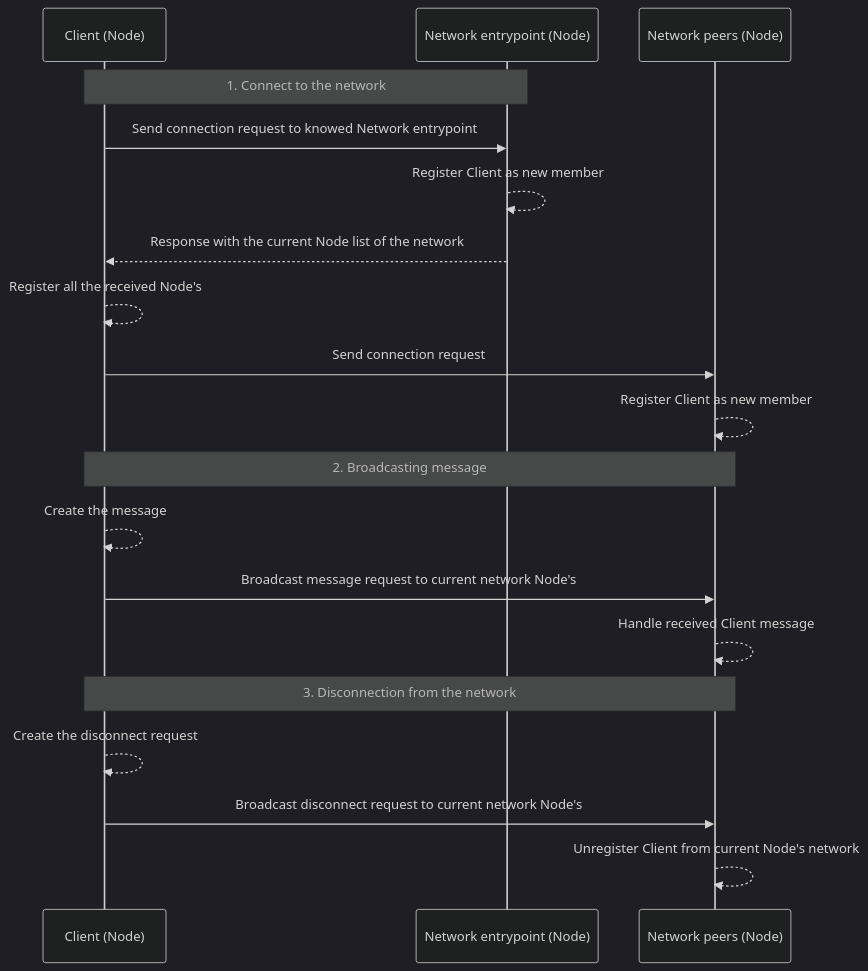
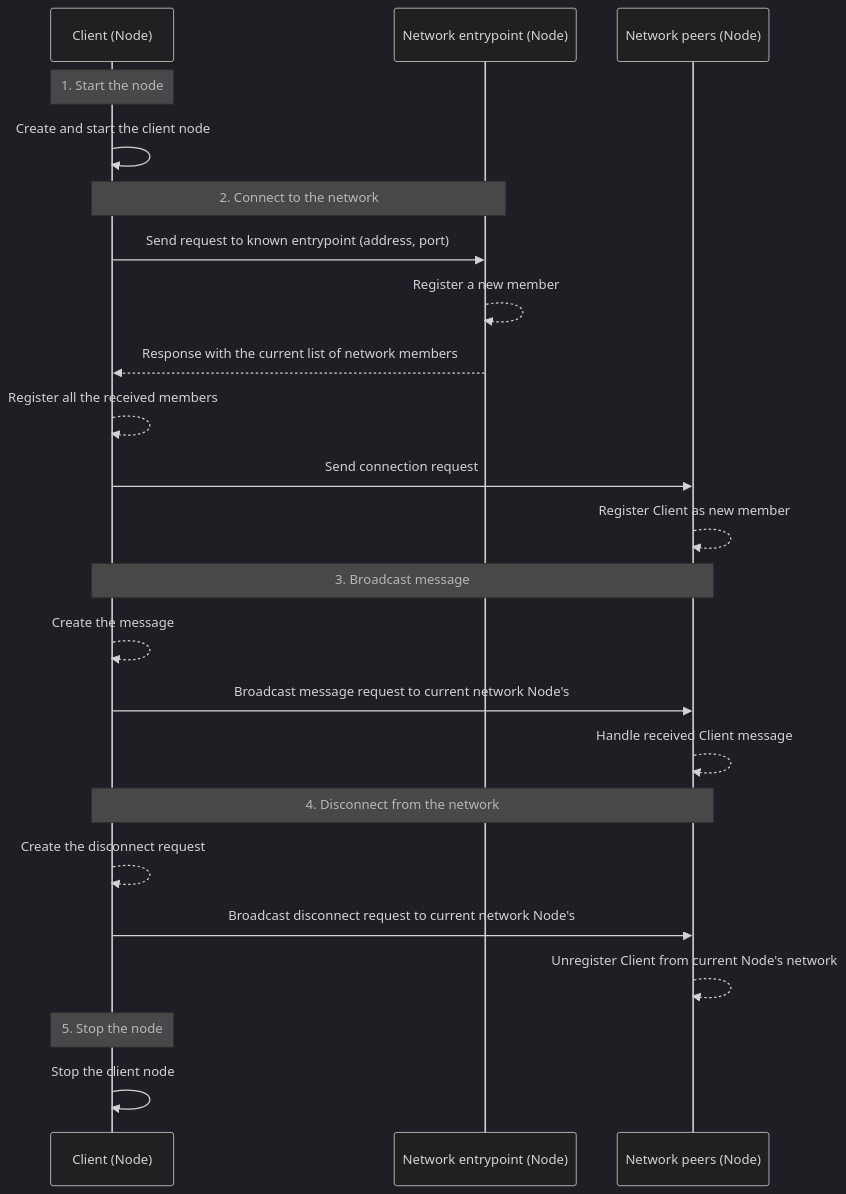
The diagram in README.md (lucasmenendez/gop2p), drawn with Mermaid (dark theme) before and after one commit. The commit also changed other lines of this file and 8 other files, not shown here.

````diff
--- a/README.md
+++ b/README.md
@@ -148,26 +214,31 @@
 ```mermaid
 sequenceDiagram
 participant Client (Node)
 participant Network entrypoint (Node)
 participant Network peers (Node)
 
-Note over Client (Node),Network entrypoint (Node): 1. Connect to the network
-Client (Node) ->> Network entrypoint (Node): Send connection request to knowed Network entrypoint
-Network entrypoint (Node) -->> Network entrypoint (Node): Register Client as new member
-Network entrypoint (Node) -->> Client (Node): Response with the current Node list of the network
-Client (Node) -->> Client (Node): Register all the received Node's
+Note over Client (Node): 1. Start the node
+Client (Node) ->> Client (Node): Create and start the client node
+Note over Client (Node),Network entrypoint (Node): 2. Connect to the network
+Client (Node) ->> Network entrypoint (Node): Send request to known entrypoint (address, port)
+Network entrypoint (Node) -->> Network entrypoint (Node): Register a new member
+Network entrypoint (Node) -->> Client (Node): Response with the current list of network members
+Client (Node) -->> Client (Node): Register all the received members
 Client (Node) ->> Network peers (Node): Send connection request
 Network peers (Node) -->> Network peers (Node): Register Client as new member
 
-Note over Client (Node),Network peers (Node): 2. Broadcasting message
+Note over Client (Node),Network peers (Node): 3. Broadcast message
 Client (Node) -->> Client (Node): Create the message
 Client (Node) ->> Network peers (Node): Broadcast message request to current network Node's
 
 Network peers (Node) -->> Network peers (Node): Handle received Client message
 
-Note over Client (Node),Network peers (Node): 3. Disconnection from the network
+Note over Client (Node),Network peers (Node): 4. Disconnect from the network
 Client (Node) -->> Client (Node): Create the disconnect request
 Client (Node) ->> Network peers (Node): Broadcast disconnect request to current network Node's
 
 Network peers (Node) -->> Network peers (Node): Unregister Client from current Node's network
+
+Note over Client (Node): 5. Stop the node
+Client (Node) ->> Client (Node): Stop the client node
 ```
````
